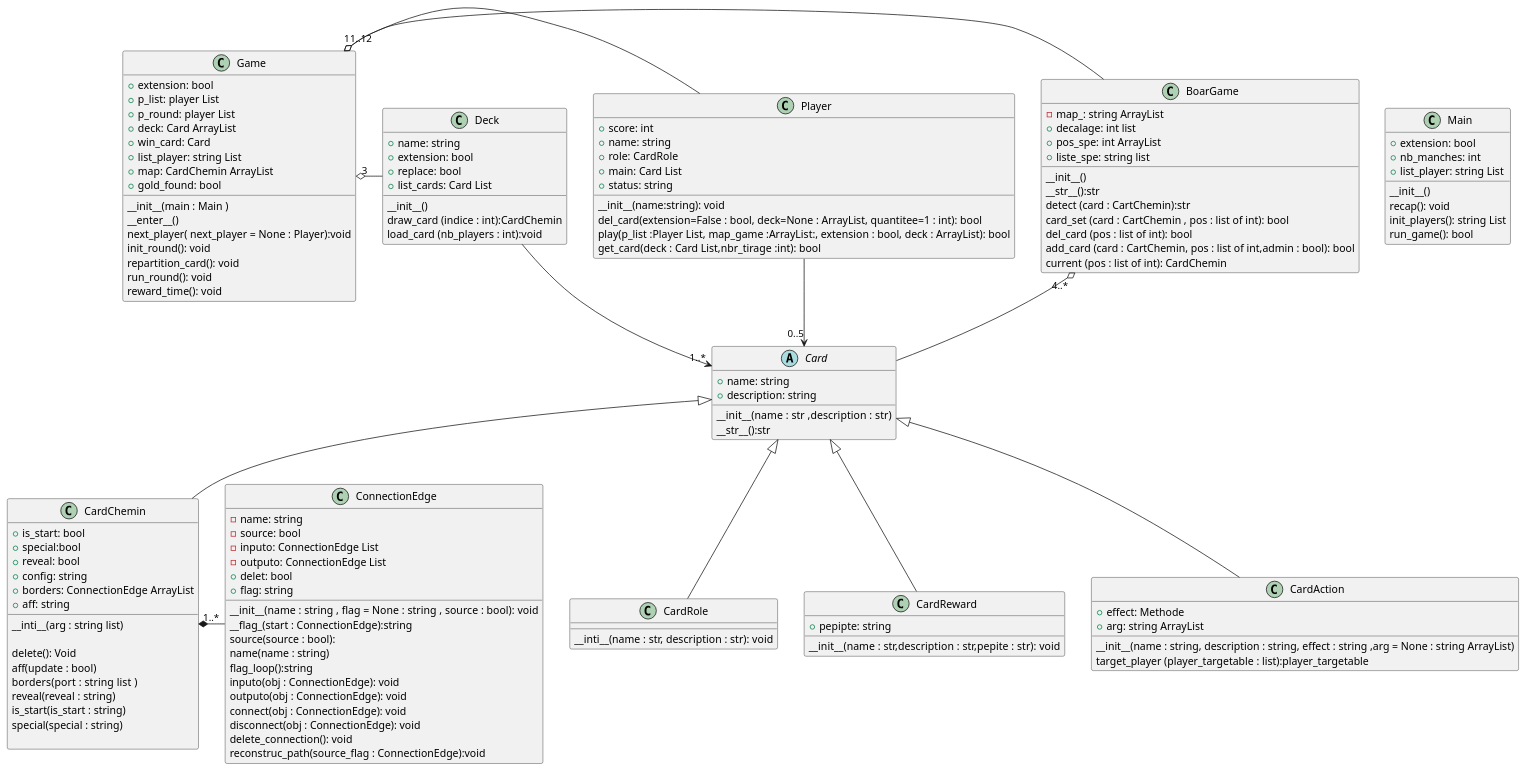
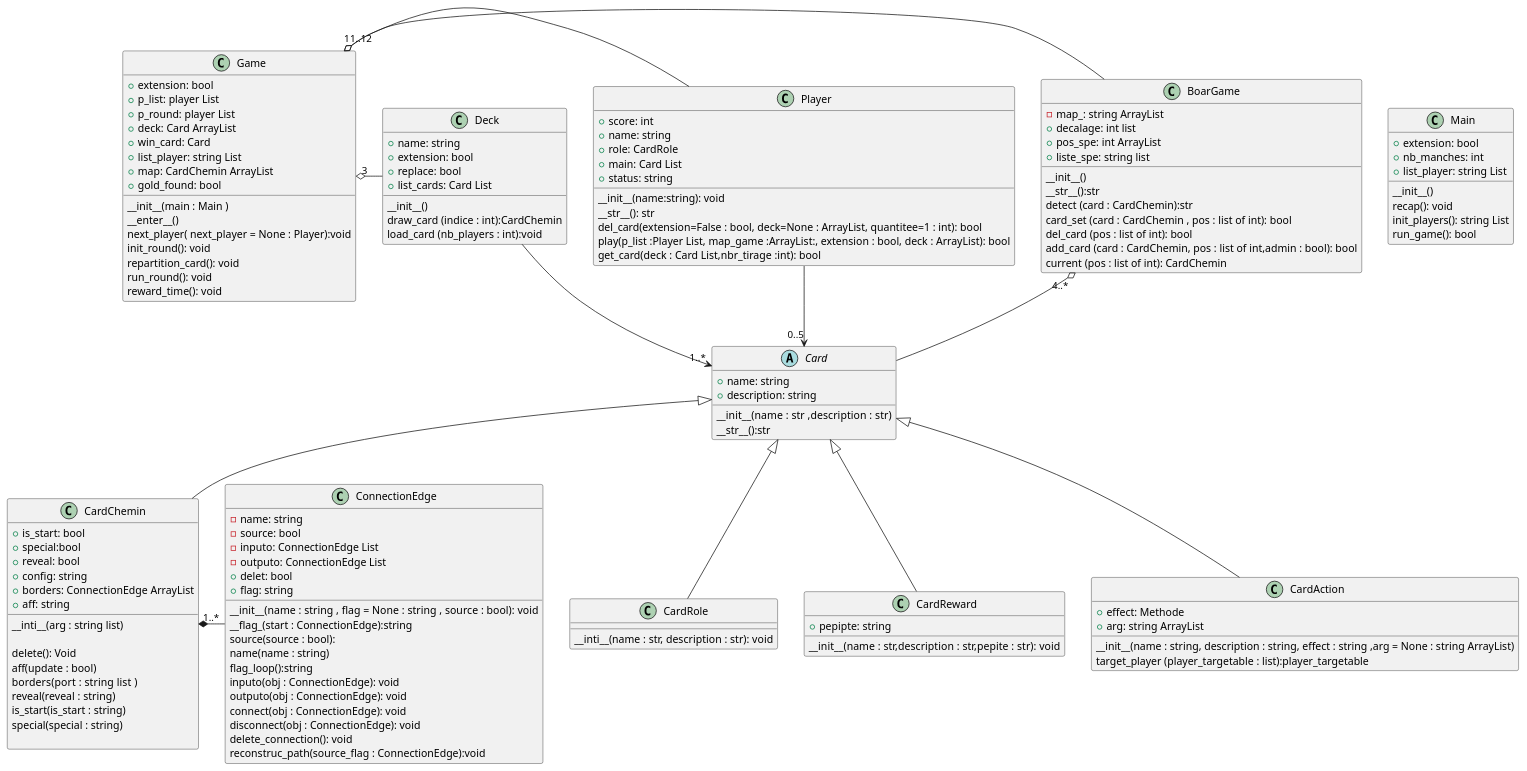
The diagram in Saboteur.puml (CocoLng/Kathon), drawn with PlantUML before and after one commit.

```diff
--- a/Saboteur.puml
+++ b/Saboteur.puml
@@ -1,162 +1,163 @@
 @startuml
 'https://plantuml.com/class-diagram
 class Main {
 +extension: bool
 +nb_manches: int
 +list_player: string List
 __
 __init__()
 recap(): void
 init_players(): string List
 run_game(): bool
 }
 
 
 
 class Game{
 +extension: bool
 +p_list: player List
 +p_round: player List
 +deck: Card ArrayList
 +win_card: Card
 +list_player: string List
 +map: CardChemin ArrayList
 +gold_found: bool
 __
 __init__(main : Main )
 __enter__()
 next_player( next_player = None : Player):void
 init_round(): void
 repartition_card(): void
 run_round(): void
 reward_time(): void
 }
 
 Game"1" o- BoarGame
 Game"1..12" o- Player
 Game"3" o- Deck
 
 
 
 class BoarGame{
 -map_: string ArrayList
 +decalage: int list
 +pos_spe: int ArrayList
 +liste_spe: string list
 __
 __init__()
 __str__():str
-detect (card : CartChemin):str
-card_set (card : CartChemin , pos : list of int): bool
+detect (card : CardChemin):str
+card_set (card : CardChemin , pos : list of int): bool
 del_card (pos : list of int): bool
-add_card (card : CartChemin, pos : list of int,admin : bool): bool
+add_card (card : CardChemin, pos : list of int,admin : bool): bool
 current (pos : list of int): CardChemin
 }
 BoarGame "4..*" o-- Card
 
 class Player{
 +score: int
 +name: string
 +role: CardRole
 +main: Card List
 +status: string
 __
 __init__(name:string): void
+__str__(): str
 del_card(extension=False : bool, deck=None : ArrayList, quantitee=1 : int): bool
 play(p_list :Player List, map_game :ArrayList:, extension : bool, deck : ArrayList): bool
 get_card(deck : Card List,nbr_tirage :int): bool
 }
 Player --> "0..5" Card
 
 
 class Deck{
 +name: string
 +extension: bool
 +replace: bool
 +list_cards: Card List
 __
 __init__()
 draw_card (indice : int):CardChemin
 load_card (nb_players : int):void
 }
 Deck --> "1..*" Card
 
 
 
 abstract class Card{
 +name: string
 +description: string
 __
 __init__(name :  str ,description : str)
 __str__():str
 }
 
 Card <|-- CardChemin
 Card <|-- CardRole
 Card <|-- CardReward
 Card <|-- CardAction
 
 class CardRole{
 __
 __inti__(name : str, description : str): void
 }
 
 class CardReward{
 +pepipte: string
 __
 __init__(name : str,description : str,pepite : str): void
 }
 
 class CardAction{
 +effect: Methode
 +arg: string ArrayList
 __
 __init__(name : string, description : string, effect : string ,arg = None : string ArrayList)
 target_player (player_targetable : list):player_targetable
 }
 
 
 
 class CardChemin{
 +is_start: bool
 +special:bool
 +reveal: bool
 +config: string
 +borders: ConnectionEdge ArrayList
 +aff: string
 __
 __inti__(arg : string list)
 
 delete(): Void
 aff(update : bool)
 borders(port : string list  )
 reveal(reveal : string)
 is_start(is_start : string)
 special(special : string)
 
 }
 CardChemin"1..*" *- ConnectionEdge
 
 
 
 class ConnectionEdge{
 -name: string
 -source: bool
 -inputo: ConnectionEdge List
 -outputo: ConnectionEdge List
 +delet: bool
 +flag: string
 __
 __init__(name :  string , flag = None : string , source : bool): void
 __flag_(start : ConnectionEdge):string
 source(source : bool):
 name(name : string)
 flag_loop():string
 inputo(obj : ConnectionEdge): void
 outputo(obj : ConnectionEdge): void
 connect(obj : ConnectionEdge): void
 disconnect(obj : ConnectionEdge): void
 delete_connection(): void
 reconstruc_path(source_flag : ConnectionEdge):void
 }
 @enduml
```
